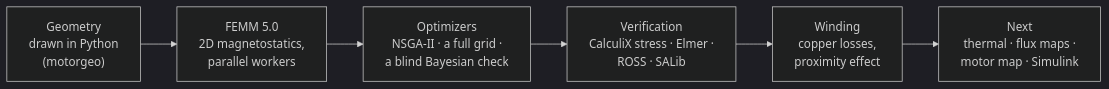
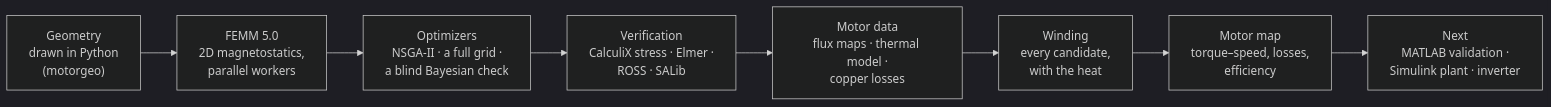
The diagram in README.md (Bill-Gkionis/IPM-synRM), drawn with Mermaid (dark theme) before and after one commit. The commit also changed other lines of this file and 27 other files, not shown here.

First line of the commit message:
The flux maps, the thermal model and the motor map, published

````diff
--- a/README.md
+++ b/README.md
@@ -49,8 +58,10 @@
 ```mermaid
 flowchart LR
   G["Geometry<br/>drawn in Python<br/>(motorgeo)"] --> F["FEMM 5.0<br/>2D magnetostatics,<br/>parallel workers"]
   F --> O["Optimizers<br/>NSGA-II · a full grid ·<br/>a blind Bayesian check"]
   O --> V["Verification<br/>CalculiX stress · Elmer ·<br/>ROSS · SALib"]
-  V --> W["Winding<br/>copper losses,<br/>proximity effect"]
-  W --> N["Next<br/>thermal · flux maps ·<br/>motor map · Simulink"]
+  V --> D["Motor data<br/>flux maps · thermal model ·<br/>copper losses"]
+  D --> W["Winding<br/>every candidate,<br/>with the heat"]
+  W --> P["Motor map<br/>torque–speed, losses,<br/>efficiency"]
+  P --> N["Next<br/>MATLAB validation ·<br/>Simulink plant · inverter"]
 ```
````
